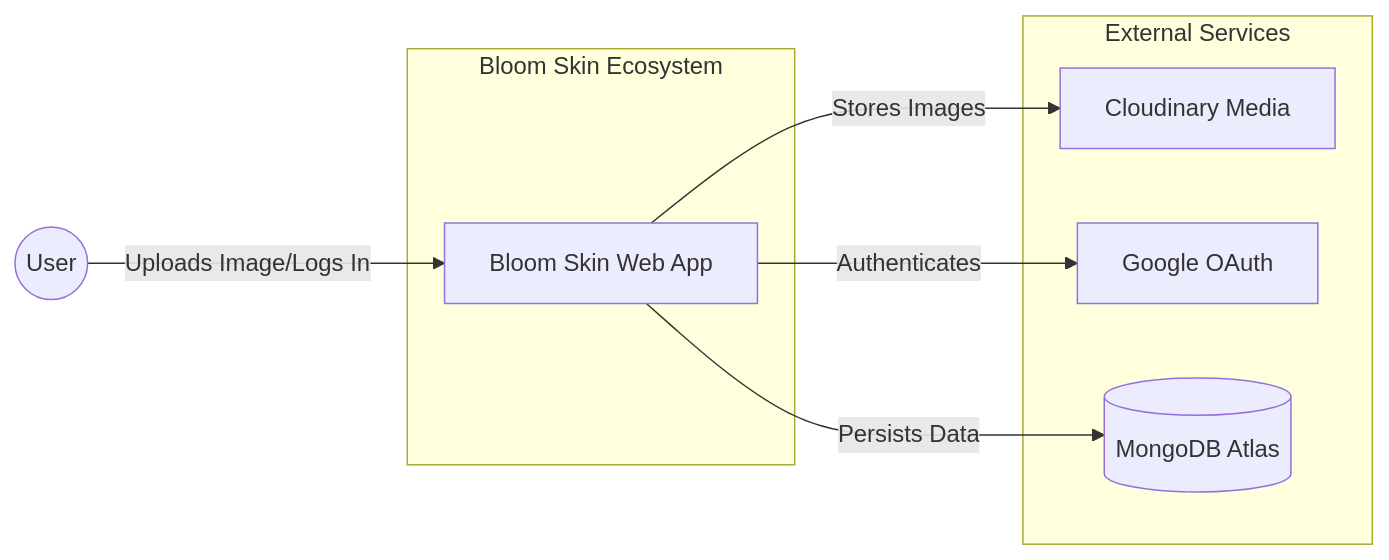
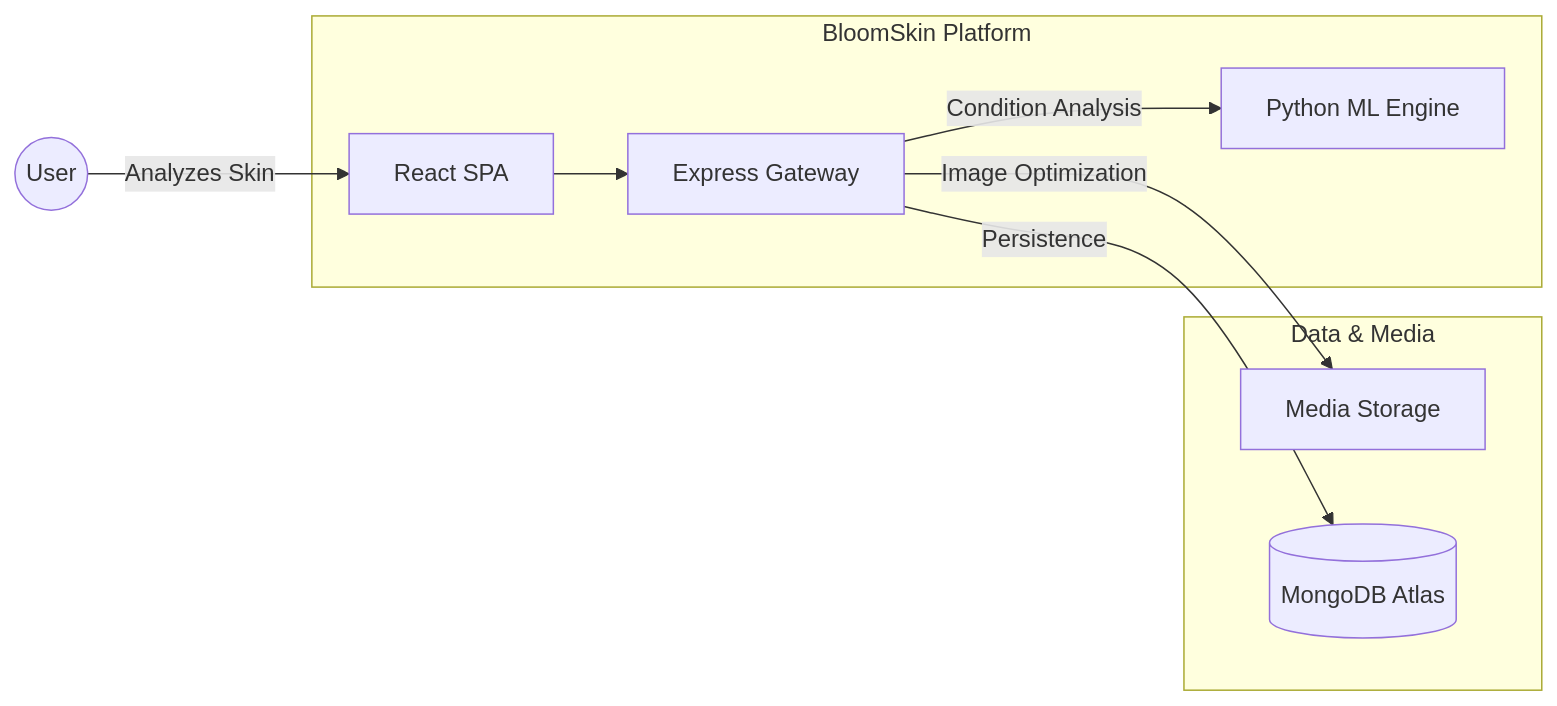
The diagram in README.md (rasikarakhewar3010/bloom-skin-backend), drawn with Mermaid before and after one commit. The commit also changed other lines of this file and 214 other files, not shown here.

````diff
--- a/README.md
+++ b/README.md
@@ -27,17 +18,19 @@
 ```mermaid
 graph LR
     User((User))
-    subgraph "Bloom Skin Ecosystem"
-        WebApp[Bloom Skin Web App]
+    subgraph "BloomSkin Platform"
+        WebApp[React SPA]
+        API[Express Gateway]
+        ML[Python ML Engine]
     end
-    subgraph "External Services"
-        Cloudinary[Cloudinary Media]
-        Google[Google OAuth]
+    subgraph "Data & Media"
+        Cloudinary[Media Storage]
         Mongo[(MongoDB Atlas)]
     end
 
-    User -->|Uploads Image/Logs In| WebApp
-    WebApp -->|Stores Images| Cloudinary
-    WebApp -->|Authenticates| Google
-    WebApp -->|Persists Data| Mongo
+    User -->|Analyzes Skin| WebApp
+    WebApp --> API
+    API -->|Condition Analysis| ML
+    API -->|Persistence| Mongo
+    API -->|Image Optimization| Cloudinary
 ```
````
